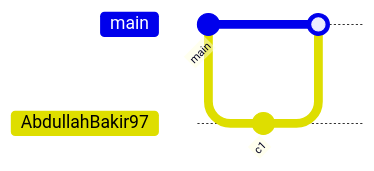
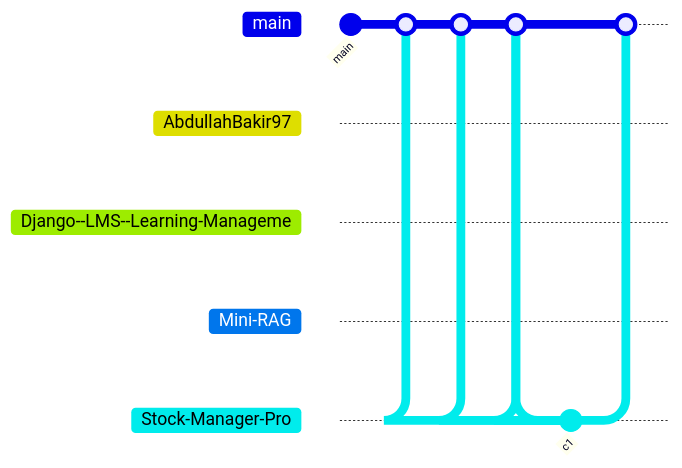
The diagram in README.md (AbdullahBakir97/AbdullahBakir97), drawn with Mermaid before and after one commit. The commit also changed other lines of this file and 9 other files, not shown here.

````diff
--- a/README.md
+++ b/README.md
@@ -336,9 +336,24 @@
 ```mermaid
 gitGraph
    commit id: "main"
    branch AbdullahBakir97
    checkout AbdullahBakir97
    commit id: "c1"
    checkout main
    merge AbdullahBakir97
+   branch Django--LMS--Learning-Manageme
+   checkout Django--LMS--Learning-Manageme
+   commit id: "c1"
+   checkout main
+   merge Django--LMS--Learning-Manageme
+   branch Mini-RAG
+   checkout Mini-RAG
+   commit id: "c1"
+   checkout main
+   merge Mini-RAG
+   branch Stock-Manager-Pro
+   checkout Stock-Manager-Pro
+   commit id: "c1"
+   checkout main
+   merge Stock-Manager-Pro
 ```
````
